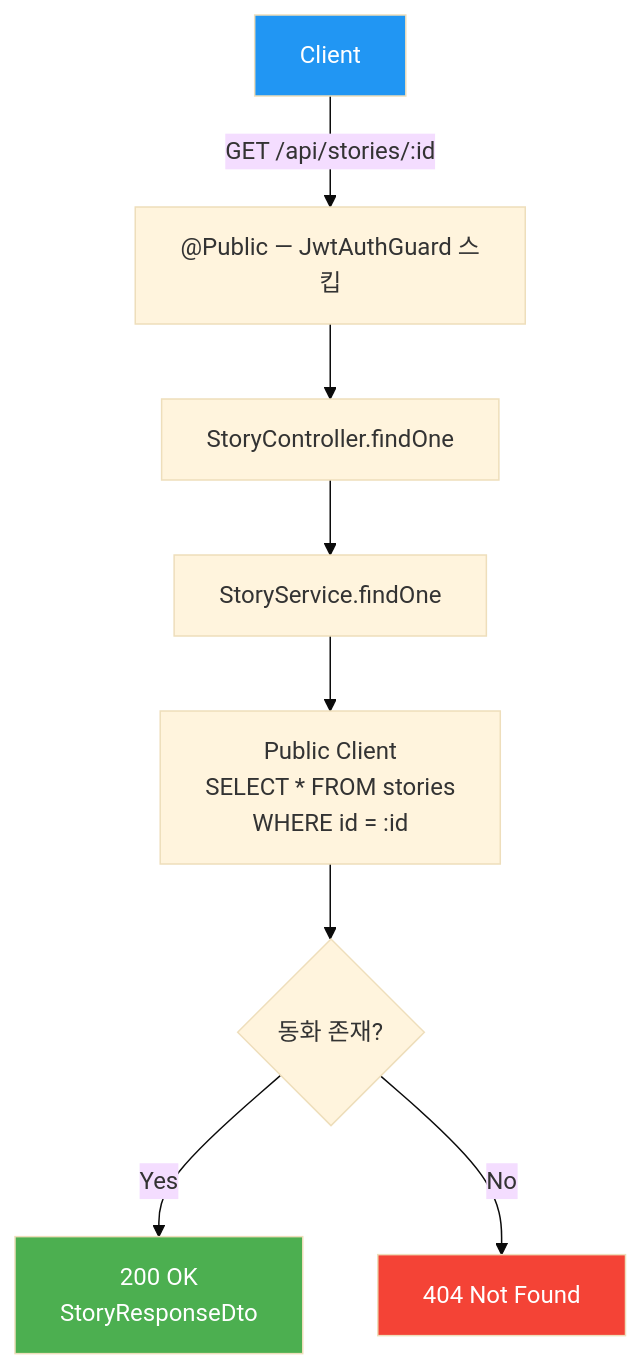
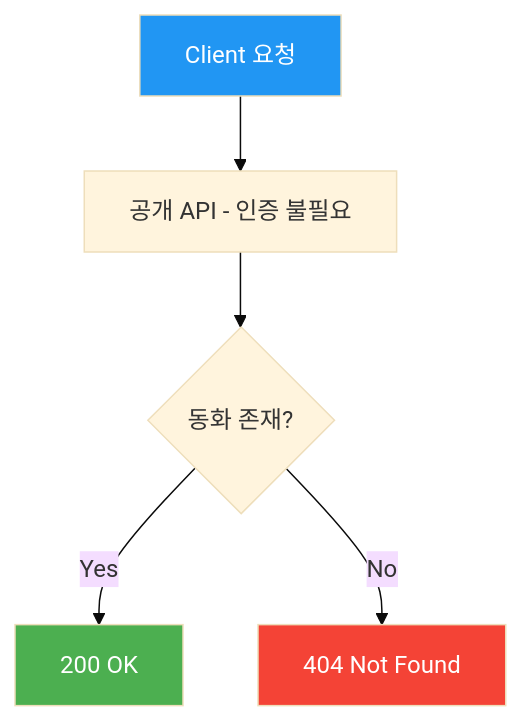
Before and after one commit to youngkim90/ddukddak-api: the third of 6 diagrams in docs/api/story-api.md, drawn with Mermaid (base theme). The commit also changed other lines of this file and 5 other files, not shown here.

First line of the commit message:
docs: simplify flowcharts with dual API/code flow structure

````diff
--- a/docs/api/story-api.md
+++ b/docs/api/story-api.md
@@ -97,14 +98,11 @@
 ```mermaid
 flowchart TD
-    A[Client] -->|"GET /api/stories/:id"| B["@Public — JwtAuthGuard 스킵"]
-    B --> C[StoryController.findOne]
-    C --> D[StoryService.findOne]
-    D --> E["Public Client<br/>SELECT * FROM stories<br/>WHERE id = :id"]
-    E --> F{동화 존재?}
-    F -- Yes --> G["200 OK<br/>StoryResponseDto"]
-    F -- No --> H["404 Not Found"]
+    A[Client 요청] --> B[공개 API - 인증 불필요]
+    B --> C{동화 존재?}
+    C -- Yes --> D[200 OK]
+    C -- No --> E[404 Not Found]
 
     style A fill:#2196f3,color:#fff
-    style G fill:#4caf50,color:#fff
-    style H fill:#f44336,color:#fff
+    style D fill:#4caf50,color:#fff
+    style E fill:#f44336,color:#fff
 ```
````
